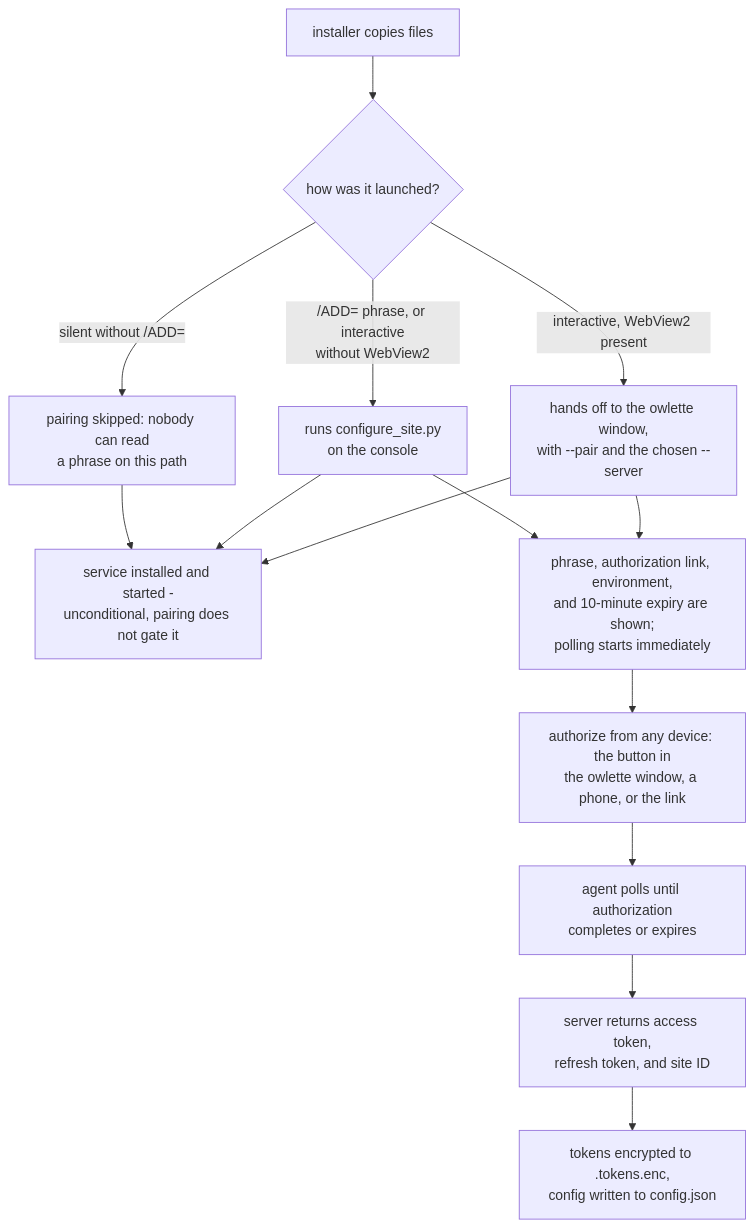
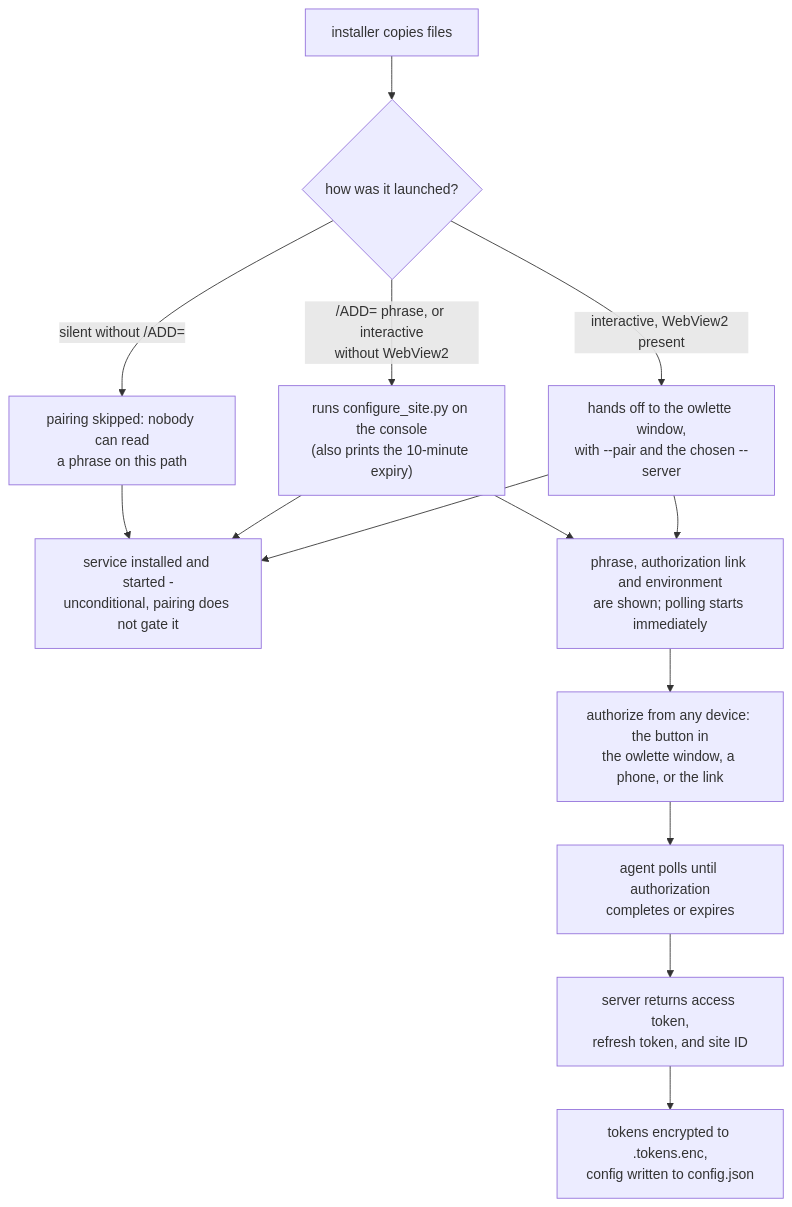
One commit to theexperiential/owlette changed the diagram in web/content/docs/agent/installation.mdx. Above: the diagram before and after it, drawn with Mermaid. The commit also changed other lines of this file and 27 other files, not shown here.

````diff
--- a/web/content/docs/agent/installation.mdx
+++ b/web/content/docs/agent/installation.mdx
@@ -161,16 +165,16 @@
 ```mermaid
 flowchart TD
     A["installer copies files"] --> B{"how was it launched?"}
     B -->|"interactive, WebView2 present"| D["hands off to the owlette window,<br/>with --pair and the chosen --server"]
-    B -->|"/ADD= phrase, or interactive<br/>without WebView2"| C["runs configure_site.py<br/>on the console"]
+    B -->|"/ADD= phrase, or interactive<br/>without WebView2"| C["runs configure_site.py on the console<br/>(also prints the 10-minute expiry)"]
     B -->|"silent without /ADD="| Z["pairing skipped: nobody can read<br/>a phrase on this path"]
     D --> S["service installed and started -<br/>unconditional, pairing does not gate it"]
     C --> S
     Z --> S
-    D --> E["phrase, authorization link, environment,<br/>and 10-minute expiry are shown;<br/>polling starts immediately"]
+    D --> E["phrase, authorization link and environment<br/>are shown; polling starts immediately"]
     C --> E
     E --> F["authorize from any device: the button in<br/>the owlette window, a phone, or the link"]
     F --> G["agent polls until authorization<br/>completes or expires"]
     G --> H["server returns access token,<br/>refresh token, and site ID"]
     H --> I["tokens encrypted to .tokens.enc,<br/>config written to config.json"]
 ```
````
